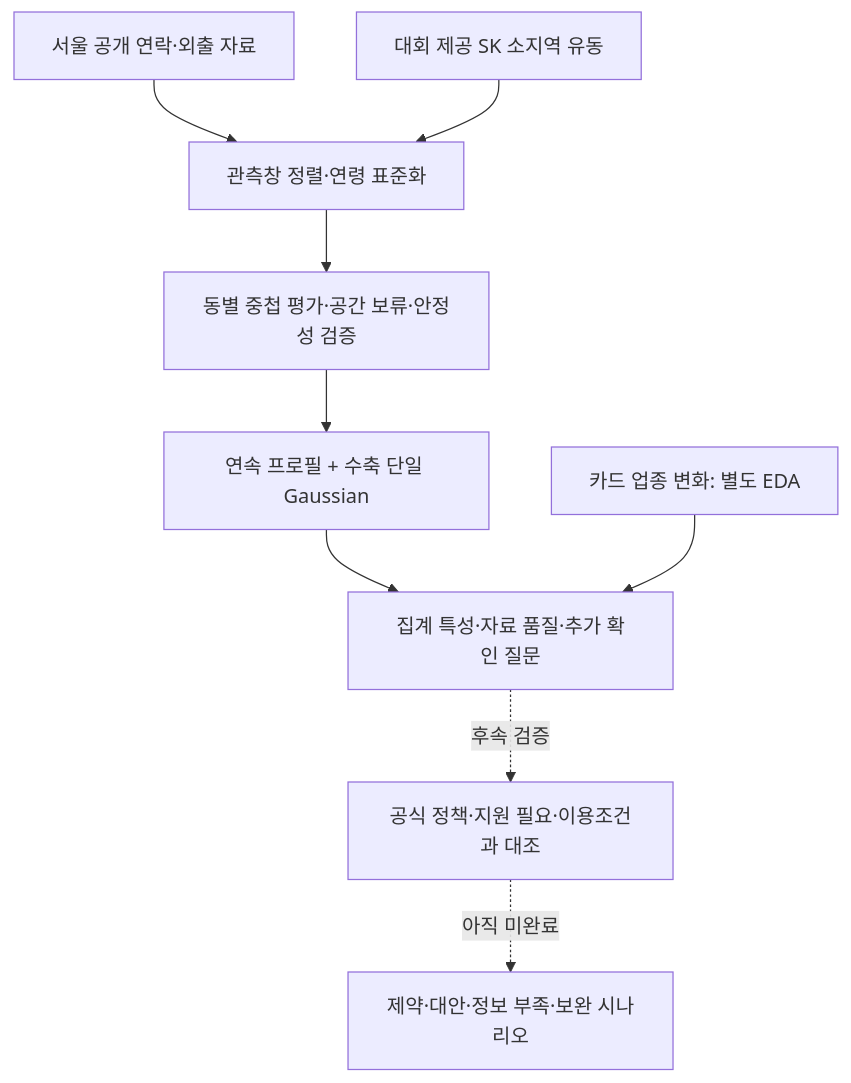
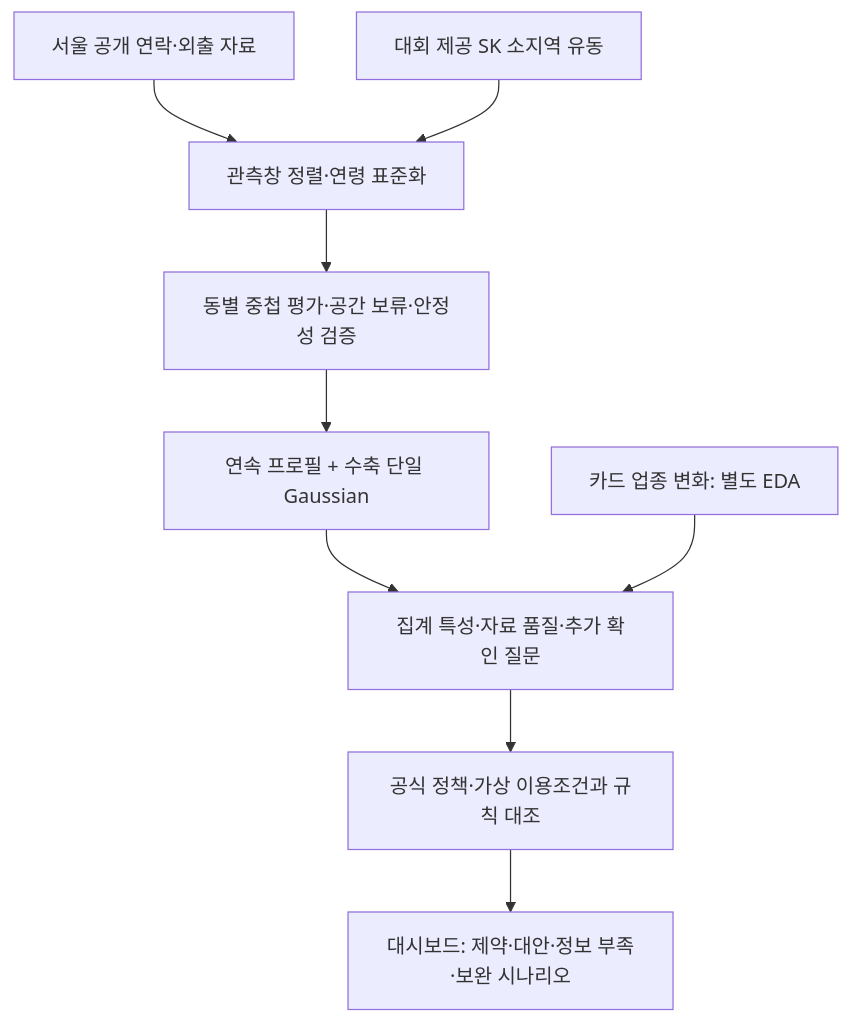
Before and after one commit to KangKyuC/bigcontest2026: the diagram in README.md, drawn with Mermaid. The commit also changed other lines of this file and 54 other files, not shown here.

````diff
--- a/README.md
+++ b/README.md
@@ -25,11 +36,11 @@
 ```mermaid
 flowchart TD
     A[서울 공개 연락·외출 자료] --> P[관측창 정렬·연령 표준화]
     B[대회 제공 SK 소지역 유동] --> P
     P --> V[동별 중첩 평가·공간 보류·안정성 검증]
     V --> M[연속 프로필 + 수축 단일 Gaussian]
     M --> Q[집계 특성·자료 품질·추가 확인 질문]
     C[카드 업종 변화: 별도 EDA] --> Q
-    Q -. 후속 검증 .-> R[공식 정책·지원 필요·이용조건과 대조]
-    R -. 아직 미완료 .-> S[제약·대안·정보 부족·보완 시나리오]
+    Q --> R[공식 정책·가상 이용조건과 규칙 대조]
+    R --> S[대시보드: 제약·대안·정보 부족·보완 시나리오]
 ```
````
